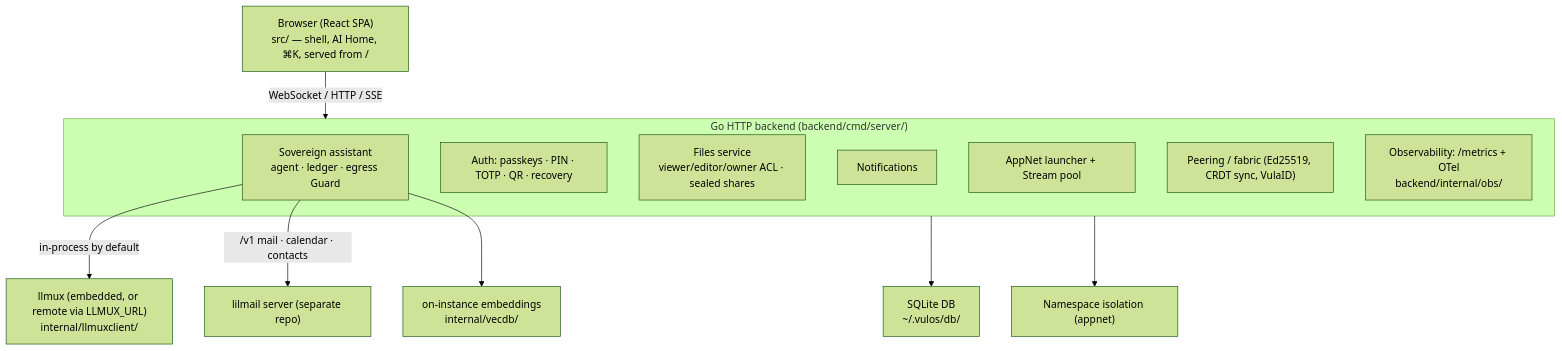
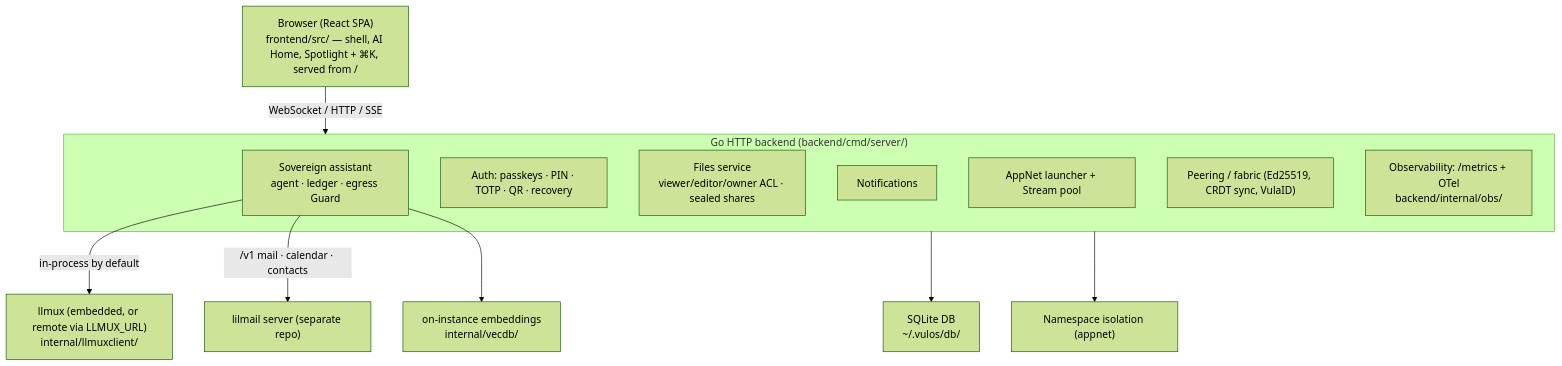
The first of 6 diagrams in docs/ARCHITECTURE.md (vul-os/vulos), drawn with Mermaid (forest theme) before and after one commit. The commit also changed other lines of this file, not shown here.

First line of the commit message:
docs(architecture): fix stale frontend paths and a service package that does not exist

````diff
--- a/docs/ARCHITECTURE.md
+++ b/docs/ARCHITECTURE.md
@@ -34,21 +34,21 @@
 ```mermaid
 flowchart TD
-    Browser["Browser (React SPA)<br/>src/ — shell, AI Home, ⌘K, served from /"]
+    Browser["Browser (React SPA)<br/>frontend/src/ — shell, AI Home, Spotlight + ⌘K, served from /"]
     Browser -->|"WebSocket / HTTP / SSE"| Backend
 
     subgraph Backend["Go HTTP backend (backend/cmd/server/)"]
         Assistant["Sovereign assistant<br/>agent · ledger · egress Guard"]
         Auth["Auth: passkeys · PIN · TOTP · QR · recovery"]
         Files["Files service<br/>viewer/editor/owner ACL · sealed shares"]
         Notify["Notifications"]
         AppNet["AppNet launcher + Stream pool"]
         Peering["Peering / fabric (Ed25519, CRDT sync, VulaID)"]
         Obs["Observability: /metrics + OTel<br/>backend/internal/obs/"]
     end
 
     Assistant -->|"in-process by default"| LLMux["llmux (embedded, or remote via LLMUX_URL)<br/>internal/llmuxclient/"]
     Assistant -->|"/v1 mail · calendar · contacts"| Lilmail["lilmail server (separate repo)"]
     Assistant --> Vec["on-instance embeddings<br/>internal/vecdb/"]
     Backend --> DB["SQLite DB<br/>~/.vulos/db/"]
     Backend --> NS["Namespace isolation (appnet)"]
 ```
````
